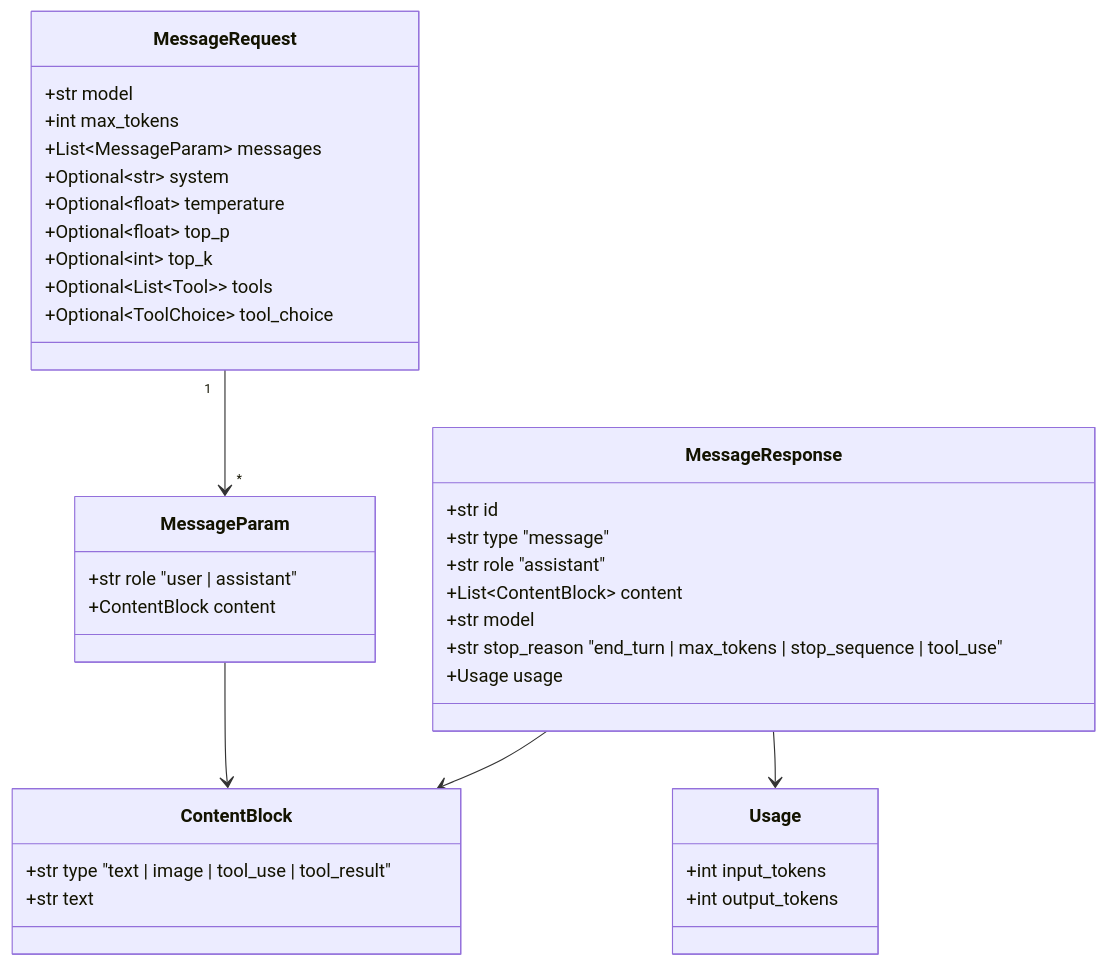
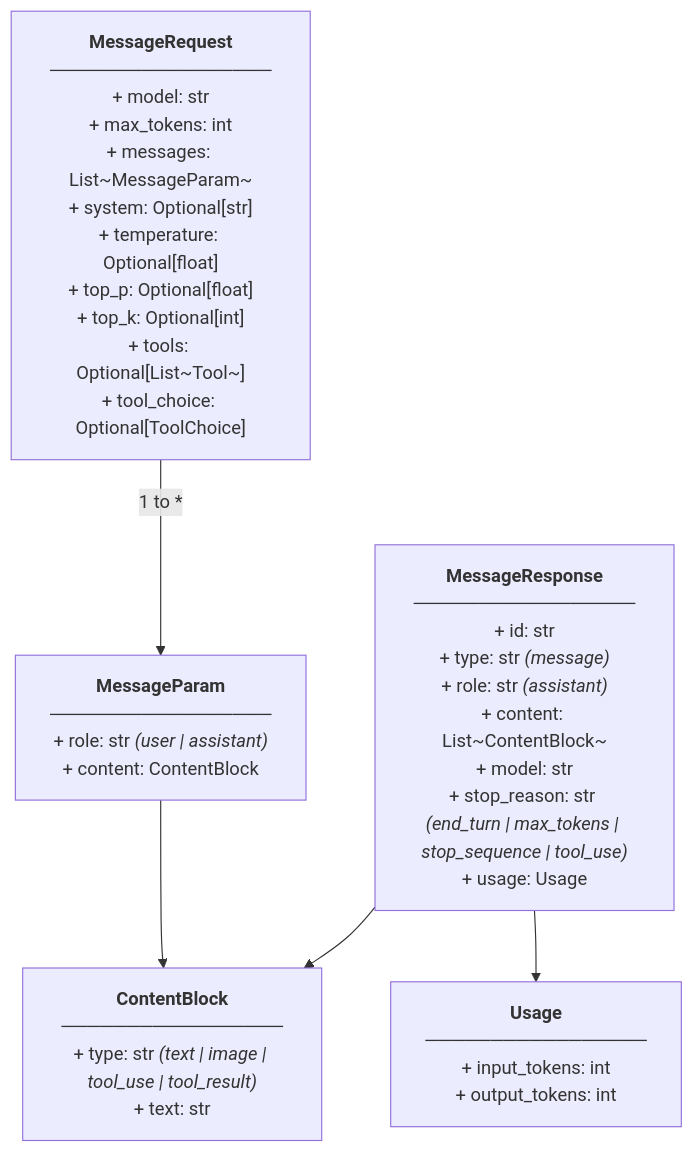
The second of 5 diagrams in topics/computing/ai/claude_and_anthropic_apis/labs.md (blebleblee/synapse), drawn with Mermaid before and after one commit. The commit also changed other lines of this file and 1464 other files, not shown here.

Commit message:
feat(release): curriculum vector mermaid upgrade, render hardening, and master synpack

````diff
--- a/topics/computing/ai/claude_and_anthropic_apis/labs.md
+++ b/topics/computing/ai/claude_and_anthropic_apis/labs.md
@@ -74,44 +74,17 @@
 ```mermaid
-classDiagram
-    class MessageRequest {
-        +str model
-        +int max_tokens
-        +List~MessageParam~ messages
-        +Optional~str~ system
-        +Optional~float~ temperature
-        +Optional~float~ top_p
-        +Optional~int~ top_k
-        +Optional~List~Tool~~ tools
-        +Optional~ToolChoice~ tool_choice
-    }
+flowchart TD
+    MR["<b>MessageRequest</b><br/>─────────────────<br/>+ model: str<br/>+ max_tokens: int<br/>+ messages: List~MessageParam~<br/>+ system: Optional[str]<br/>+ temperature: Optional[float]<br/>+ top_p: Optional[float]<br/>+ top_k: Optional[int]<br/>+ tools: Optional[List~Tool~]<br/>+ tool_choice: Optional[ToolChoice]"]
 
-    class MessageParam {
-        +str role  "user | assistant"
-        +ContentBlock content
-    }
+    MP["<b>MessageParam</b><br/>─────────────────<br/>+ role: str <i>(user | assistant)</i><br/>+ content: ContentBlock"]
 
-    class ContentBlock {
-        +str type  "text | image | tool_use | tool_result"
-        +str text
-    }
+    CB["<b>ContentBlock</b><br/>─────────────────<br/>+ type: str <i>(text | image | tool_use | tool_result)</i><br/>+ text: str"]
 
-    class MessageResponse {
-        +str id
-        +str type  "message"
-        +str role  "assistant"
-        +List~ContentBlock~ content
-        +str model
-        +str stop_reason  "end_turn | max_tokens | stop_sequence | tool_use"
-        +Usage usage
-    }
+    RESP["<b>MessageResponse</b><br/>─────────────────<br/>+ id: str<br/>+ type: str <i>(message)</i><br/>+ role: str <i>(assistant)</i><br/>+ content: List~ContentBlock~<br/>+ model: str<br/>+ stop_reason: str <i>(end_turn | max_tokens | stop_sequence | tool_use)</i><br/>+ usage: Usage"]
 
-    class Usage {
-        +int input_tokens
-        +int output_tokens
-    }
+    US["<b>Usage</b><br/>─────────────────<br/>+ input_tokens: int<br/>+ output_tokens: int"]
 
-    MessageRequest "1" --> "*" MessageParam
-    MessageParam --> ContentBlock
-    MessageResponse --> Usage
-    MessageResponse --> ContentBlock
+    MR -- "1 to *" --> MP
+    MP --> CB
+    RESP --> CB
+    RESP --> US
 ```
````
